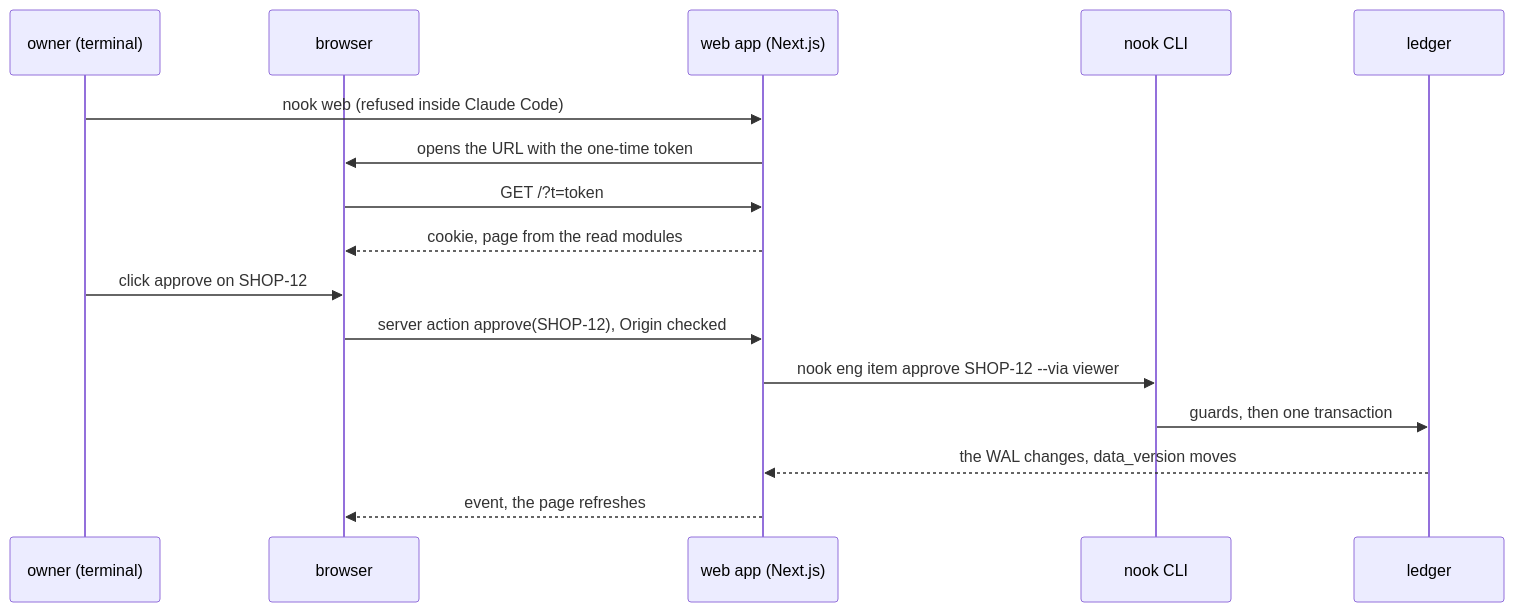
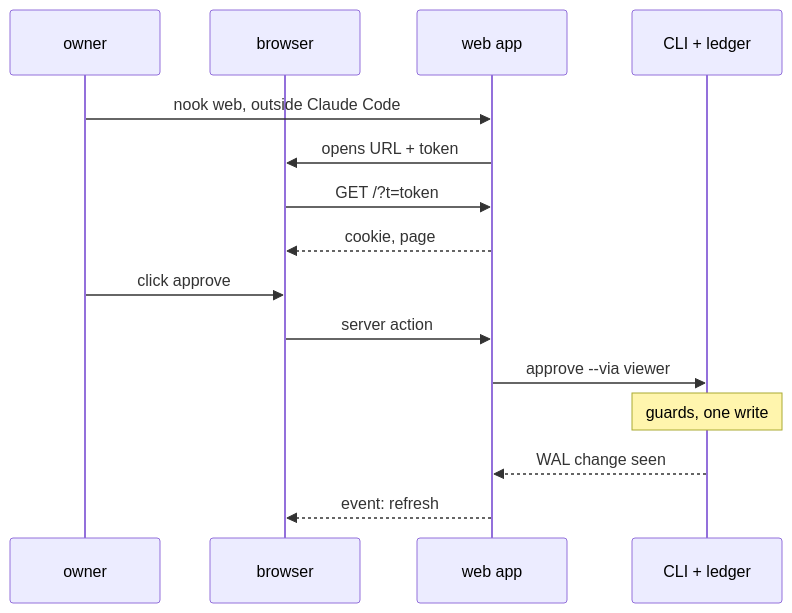
One commit to lamtran8401/nook changed the third of 3 diagrams in docs/plan/v0.3.md. Above: the diagram before and after it, drawn with Mermaid. The commit also changed other lines of this file, not shown here.

Commit message:
Make the plan diagrams read cleanly in the Bench library
The Bench sequence fits four columns with short labels, so the CLI and
the ledger share one, the write is a note, and the labels say less.
The export points at the web app it reuses, which puts the web app in
the middle of the Approach graph with no crossing line.

Claude-Session: https://claude.ai/code/session_01KqGhVEfcy9HRJtNJzr4Zpz

````diff
--- a/docs/plan/v0.3.md
+++ b/docs/plan/v0.3.md
@@ -77,18 +77,17 @@
 ```mermaid
 sequenceDiagram
-  participant O as owner (terminal)
+  participant O as owner
   participant B as browser
-  participant W as web app (Next.js)
-  participant C as nook CLI
-  participant L as ledger
-  O->>W: nook web (refused inside Claude Code)
-  W->>B: opens the URL with the one-time token
+  participant W as web app
+  participant C as CLI + ledger
+  O->>W: nook web, outside Claude Code
+  W->>B: opens URL + token
   B->>W: GET /?t=token
-  W-->>B: cookie, page from the read modules
-  O->>B: click approve on SHOP-12
-  B->>W: server action approve(SHOP-12), Origin checked
-  W->>C: nook eng item approve SHOP-12 --via viewer
-  C->>L: guards, then one transaction
-  L-->>W: the WAL changes, data_version moves
-  W-->>B: event, the page refreshes
+  W-->>B: cookie, page
+  O->>B: click approve
+  B->>W: server action
+  W->>C: approve --via viewer
+  Note over C: guards, one write
+  C-->>W: WAL change seen
+  W-->>B: event: refresh
 ```
````
